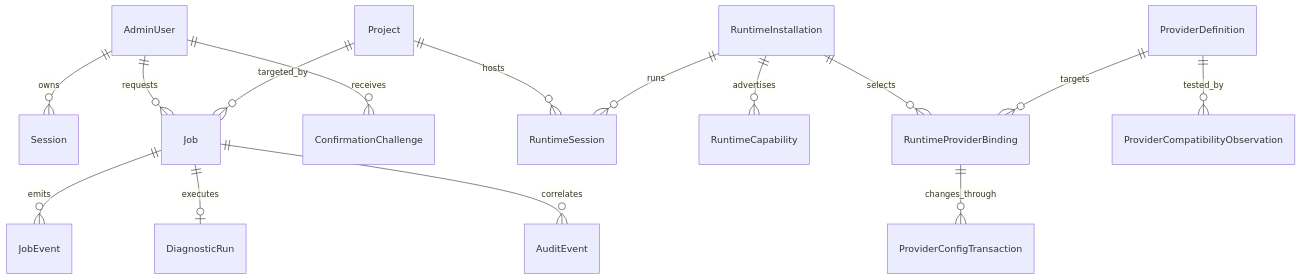
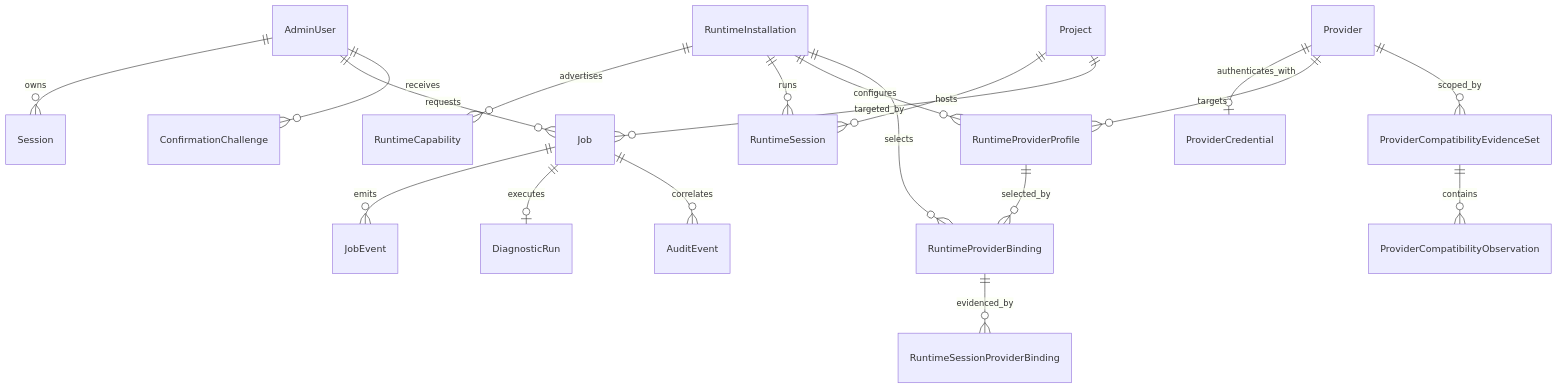
Before and after one commit to ForceMind/agentbox: the diagram in docs/DATA_MODEL.md, drawn with Mermaid. The commit also changed other lines of this file and 9 other files, not shown here.

````diff
--- a/docs/DATA_MODEL.md
+++ b/docs/DATA_MODEL.md
@@ -340,17 +428,21 @@
 ```mermaid
 erDiagram
     AdminUser ||--o{ Session : owns
     AdminUser ||--o{ Job : requests
     AdminUser ||--o{ ConfirmationChallenge : receives
     Project ||--o{ RuntimeSession : hosts
     RuntimeInstallation ||--o{ RuntimeCapability : advertises
     RuntimeInstallation ||--o{ RuntimeSession : runs
+    RuntimeInstallation ||--o{ RuntimeProviderProfile : configures
     RuntimeInstallation ||--o{ RuntimeProviderBinding : selects
-    ProviderDefinition ||--o{ RuntimeProviderBinding : targets
-    ProviderDefinition ||--o{ ProviderCompatibilityObservation : tested_by
-    RuntimeProviderBinding ||--o{ ProviderConfigTransaction : changes_through
+    Provider ||--o| ProviderCredential : authenticates_with
+    Provider ||--o{ RuntimeProviderProfile : targets
+    RuntimeProviderProfile ||--o{ RuntimeProviderBinding : selected_by
+    RuntimeProviderBinding ||--o{ RuntimeSessionProviderBinding : evidenced_by
+    Provider ||--o{ ProviderCompatibilityEvidenceSet : scoped_by
+    ProviderCompatibilityEvidenceSet ||--o{ ProviderCompatibilityObservation : contains
     Job ||--o{ JobEvent : emits
     Job ||--o| DiagnosticRun : executes
     Job ||--o{ AuditEvent : correlates
     Project ||--o{ Job : targeted_by
 ```
````
